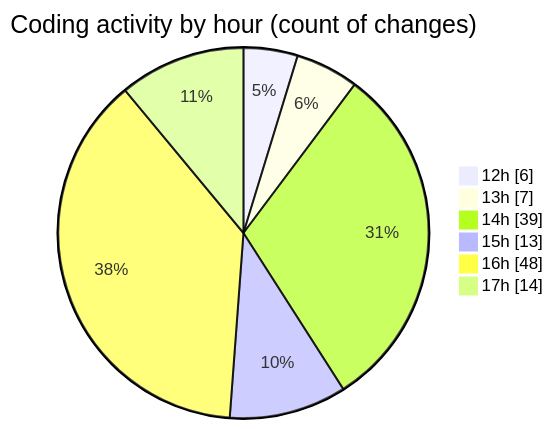
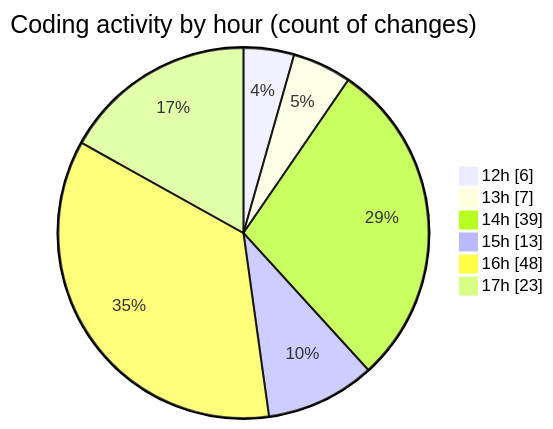
Before and after one commit to nxtqubesakshisongat/code-tracking: the second of 2 diagrams in 2025-05-26/nxtqube_webapp/README.md, drawn with Mermaid. The commit also changed other lines of this file and 1 other file, not shown here.

````diff
--- a/2025-05-26/nxtqube_webapp/README.md
+++ b/2025-05-26/nxtqube_webapp/README.md
@@ -30,10 +31,10 @@
 ```mermaid
 pie showData
 title Coding activity by hour (count of changes)
 "12h" : 6
 "13h" : 7
 "14h" : 39
 "15h" : 13
 "16h" : 48
-"17h" : 14
+"17h" : 23
 ```
````
